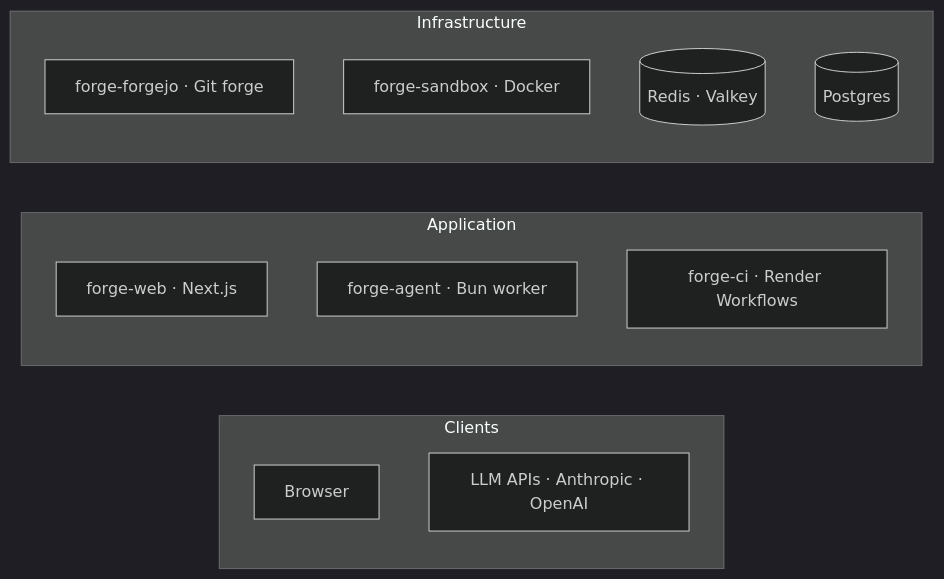
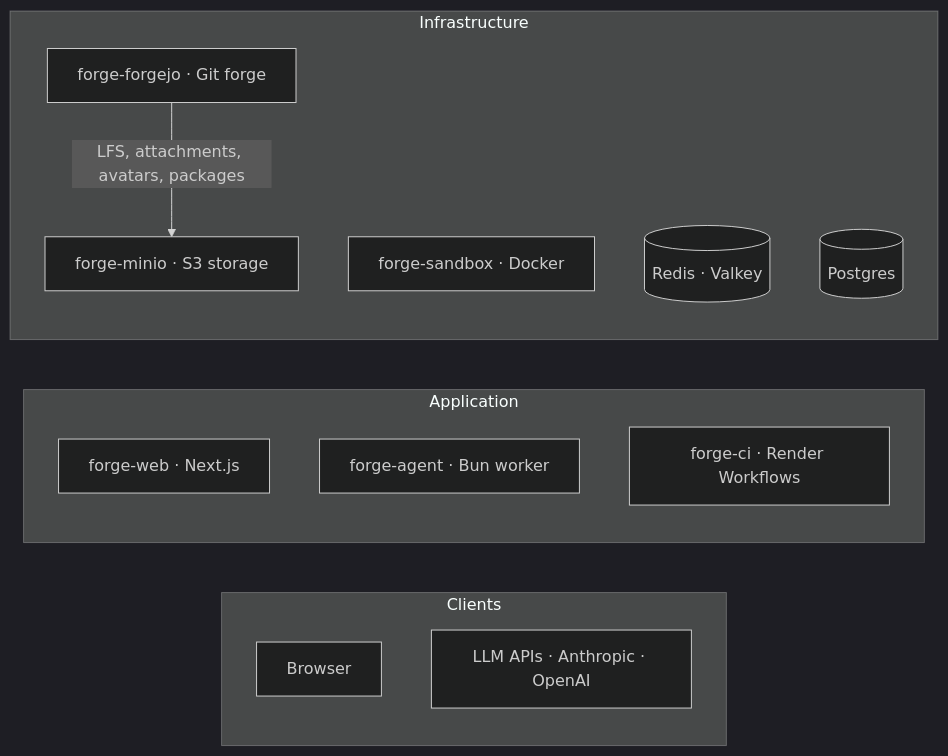
One commit to jacobprall/render-open-forge changed the diagram in README.md. Above: the diagram before and after it, drawn with Mermaid (dark theme). The commit also changed other lines of this file and 96 other files, not shown here.

````diff
--- a/README.md
+++ b/README.md
@@ -21,23 +21,26 @@
 ```mermaid
 graph LR
     subgraph Clients
         direction TB
         Browser["Browser"]
         LLM["LLM APIs · Anthropic · OpenAI"]
     end
 
     subgraph Application
         direction TB
         Web["forge-web · Next.js"]
         Agent["forge-agent · Bun worker"]
         CI["forge-ci · Render Workflows"]
     end
 
     subgraph Infrastructure
         direction TB
         Forgejo["forge-forgejo · Git forge"]
+        MinIO["forge-minio · S3 storage"]
         Sandbox["forge-sandbox · Docker"]
         Redis[("Redis · Valkey")]
         Postgres[("Postgres")]
     end
+
+    Forgejo -->|"LFS, attachments, avatars, packages"| MinIO
 ```
````
